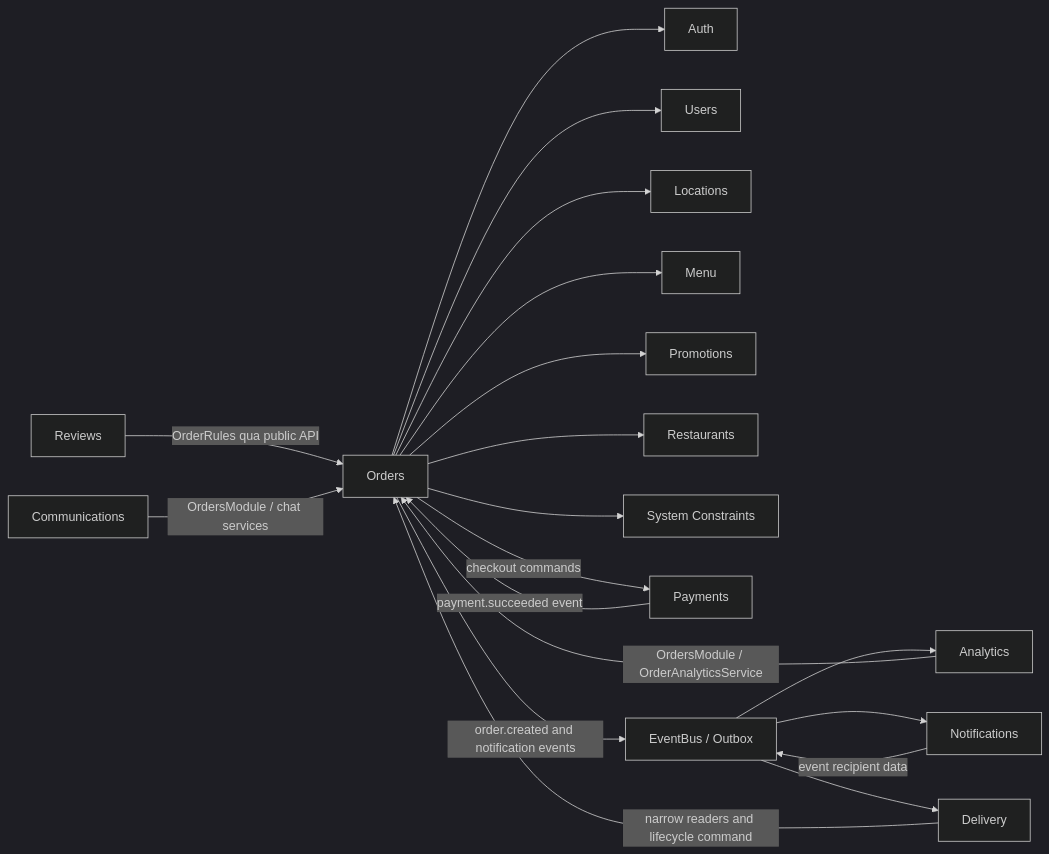
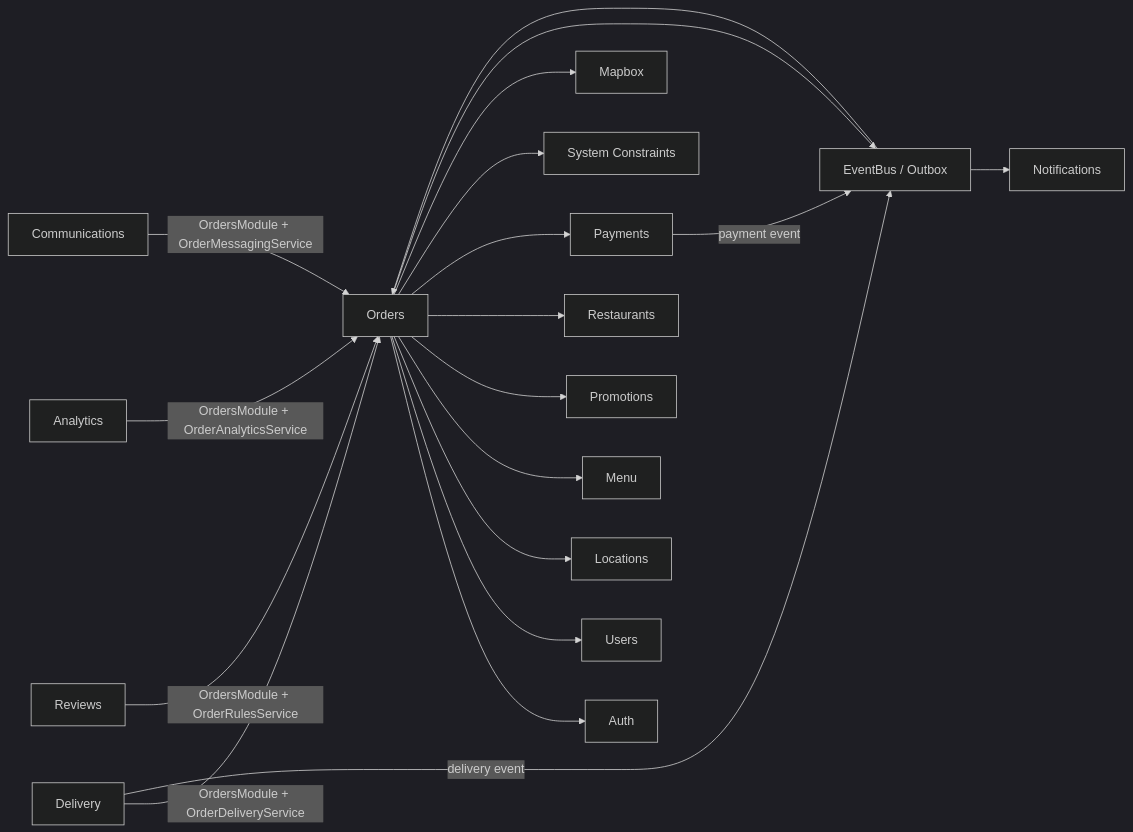
One commit to duonyyy/FOOD changed the diagram in Backend/ORDERS_DEPENDENCY_GRAPH.md. Above: the diagram before and after it, drawn with Mermaid (dark theme). The commit also changed other lines of this file and 79 other files, not shown here.

````diff
--- a/Backend/ORDERS_DEPENDENCY_GRAPH.md
+++ b/Backend/ORDERS_DEPENDENCY_GRAPH.md
@@ -50,25 +13,23 @@
 ```mermaid
 flowchart LR
-  Orders --> Auth[Auth]
-  Orders --> Users[Users]
-  Orders --> Locations[Locations]
-  Orders --> Menu[Menu]
-  Orders --> Promotions[Promotions]
-  Orders --> Restaurants[Restaurants]
+  Orders --> Auth
+  Orders --> Users
+  Orders --> Locations
+  Orders --> Menu
+  Orders --> Promotions
+  Orders --> Restaurants
+  Orders --> Payments
   Orders --> Constraints[System Constraints]
-  Orders -->|checkout commands| Payments[Payments]
-  Payments[Payments] -->|payment.succeeded event| Orders
+  Orders --> Mapbox
+  Orders --> Events[EventBus / Outbox]
 
-  Delivery -->|narrow readers and lifecycle command| Orders
+  Delivery -->|OrdersModule + OrderDeliveryService| Orders
+  Reviews -->|OrdersModule + OrderRulesService| Orders
+  Analytics -->|OrdersModule + OrderAnalyticsService| Orders
+  Communications -->|OrdersModule + OrderMessagingService| Orders
 
-  Reviews -->|OrderRules qua public API| Orders
-
-  Orders -->|order.created and notification events| EventBus[EventBus / Outbox]
-  EventBus --> Analytics
-  EventBus --> Notifications
-  EventBus --> Delivery
-
-  Analytics -->|OrdersModule / OrderAnalyticsService| Orders
-  Notifications -->|event recipient data| EventBus
-  Communications -->|OrdersModule / chat services| Orders
+  Payments -->|payment event| Events
+  Delivery -->|delivery event| Events
+  Events --> Orders
+  Events --> Notifications
 ```
````
